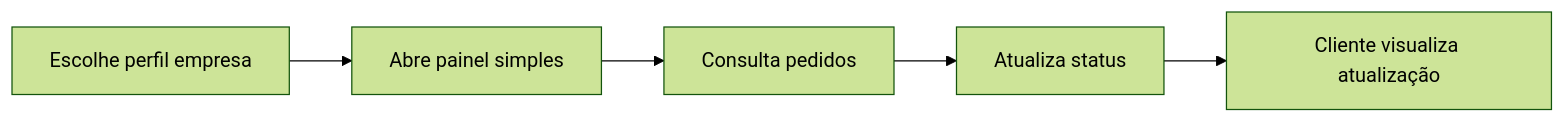
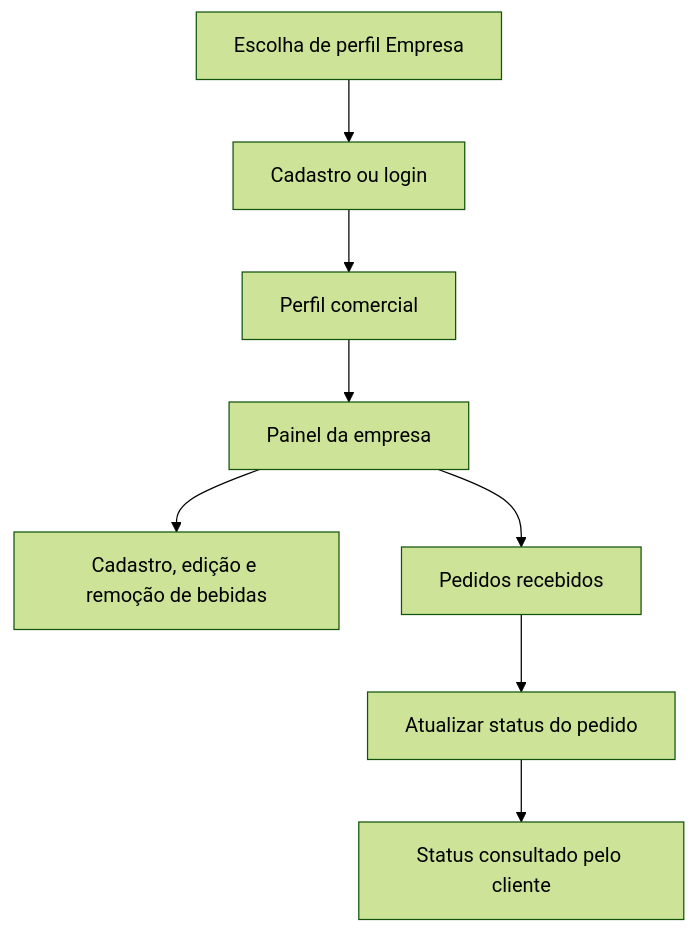
Before and after one commit to Pedro-hxm/App_Bebida_Ja: the second of 2 diagrams in README.md, drawn with Mermaid (forest theme). The commit also changed other lines of this file and 1 other file, not shown here.

````diff
--- a/README.md
+++ b/README.md
@@ -66,7 +112,10 @@
 ```mermaid
-flowchart LR
-    A[Escolhe perfil empresa] --> B[Abre painel simples]
-    B --> C[Consulta pedidos]
-    C --> D[Atualiza status]
-    D --> E[Cliente visualiza atualização]
+flowchart TD
+    A[Escolha de perfil Empresa] --> B[Cadastro ou login]
+    B --> C[Perfil comercial]
+    C --> D[Painel da empresa]
+    D --> E[Cadastro, edição e remoção de bebidas]
+    D --> F[Pedidos recebidos]
+    F --> G[Atualizar status do pedido]
+    G --> H[Status consultado pelo cliente]
 ```
````
